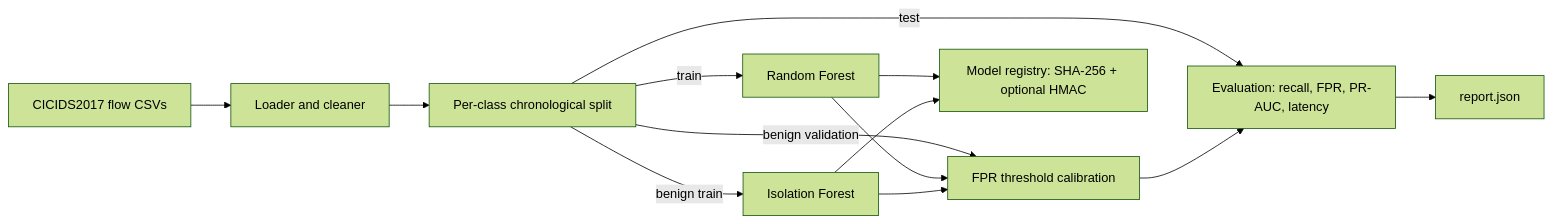
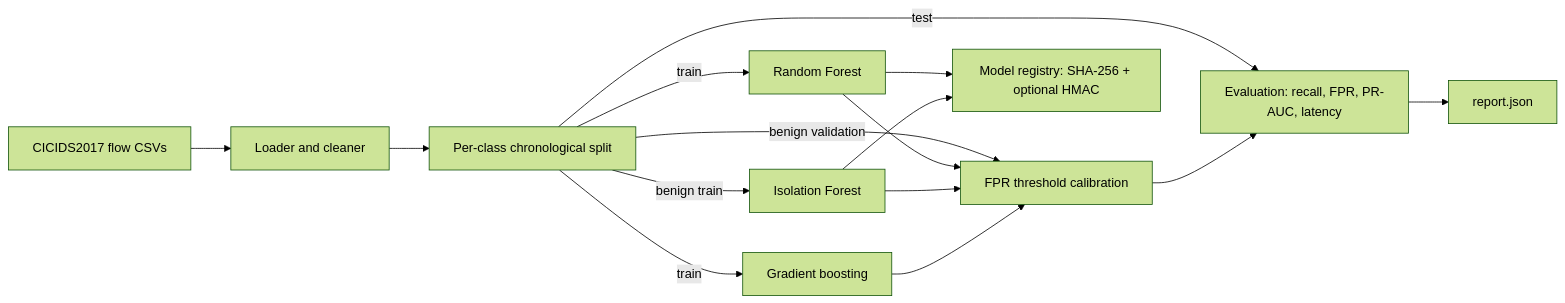
One commit to TurlaFSB/AI-IDS changed the first of 2 diagrams in docs/architecture.md. Above: the diagram before and after it, drawn with Mermaid (forest theme). The commit also changed 16 other files, not shown here.

First line of the commit message:
feat: add gradient-boosting detector and reproducibility metadata

````diff
--- a/docs/architecture.md
+++ b/docs/architecture.md
@@ -5,15 +5,17 @@
 ```mermaid
 flowchart LR
     A[CICIDS2017 flow CSVs] --> B[Loader and cleaner]
     B --> C[Per-class chronological split]
     C -->|train| D[Random Forest]
     C -->|benign train| E[Isolation Forest]
+    C -->|train| J[Gradient boosting]
     C -->|benign validation| F[FPR threshold calibration]
     D --> F
     E --> F
+    J --> F
     C -->|test| G[Evaluation: recall, FPR, PR-AUC, latency]
     F --> G
     D --> H[Model registry: SHA-256 + optional HMAC]
     E --> H
     G --> I[report.json]
 ```
````
